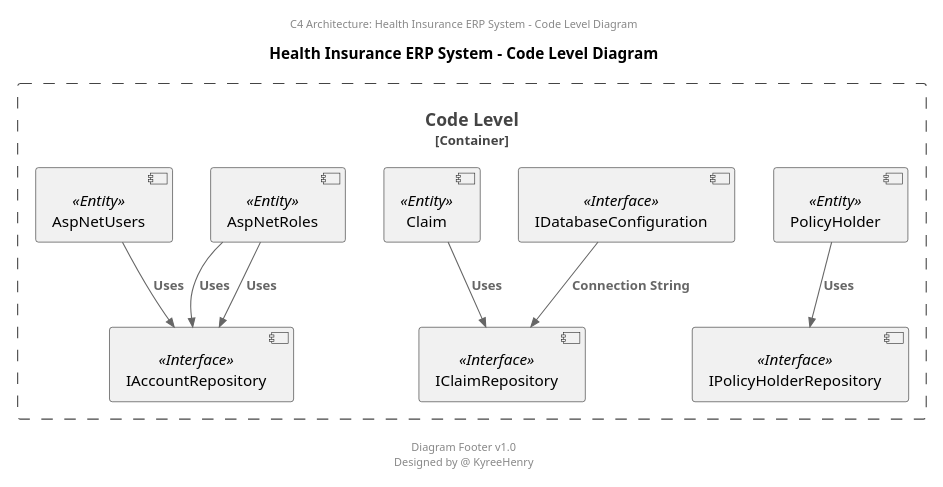
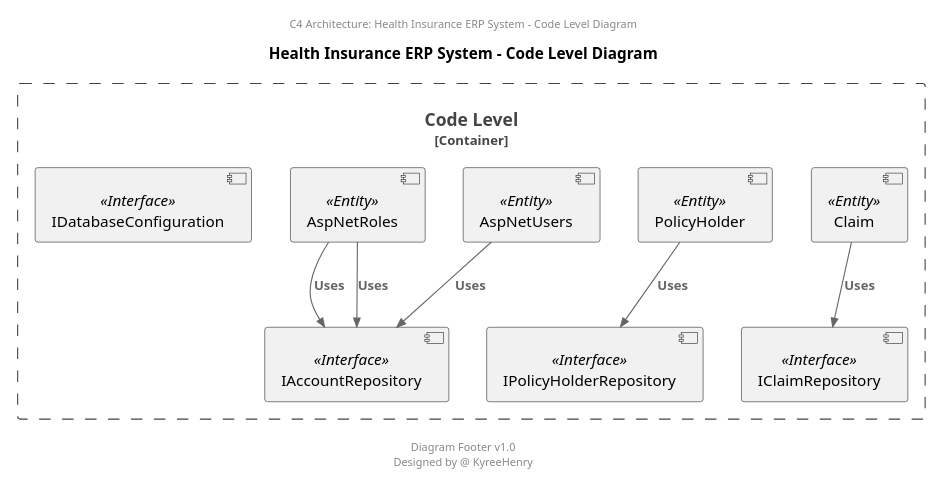
The diagram in arch/code-diagram.puml (kyree-henry/HealthInsurePro), drawn with PlantUML before and after one commit. The commit also changed 4 other files, not shown here.

Commit message:
Commit 029 * Exported arch diagrams to image[png]

```diff
--- a/arch/code-diagram.puml
+++ b/arch/code-diagram.puml
@@ -1,36 +1,35 @@
 @startuml HealthInsuranceERP - Code Level Diagram
 
 scale 2/3
 
 center header
     C4 Architecture: Health Insurance ERP System - Code Level Diagram
 endheader
 
 title Health Insurance ERP System - Code Level Diagram
 
 !includeurl https://raw.githubusercontent.com/RicardoNiepel/C4-PlantUML/master/C4_Component.puml
 
 Container_Boundary(code, "Code Level") {
     [Claim] <<Entity>> 
     [PolicyHolder] <<Entity>> 
     [AspNetUsers] <<Entity>>
     [AspNetRoles] <<Entity>>
     [IAccountRepository] <<Interface>>
     [IDatabaseConfiguration] <<Interface>>
     [IClaimRepository] <<Interface>>
     [IPolicyHolderRepository] <<Interface>>
 }
 
 Rel_D([Claim], [IClaimRepository], "Uses")
 Rel_D([PolicyHolder], [IPolicyHolderRepository], "Uses")
 Rel_D([AspNetUsers], [IAccountRepository], "Uses")
 Rel_D([AspNetRoles], [IAccountRepository], "Uses")
 Rel_D([AspNetRoles], [IAccountRepository], "Uses")
-Rel_D([IDatabaseConfiguration], [IClaimRepository], "Connection String")
 
 center footer
     
     Diagram Footer v1.0
     Designed by @ KyreeHenry
 endfooter
 @enduml
```
